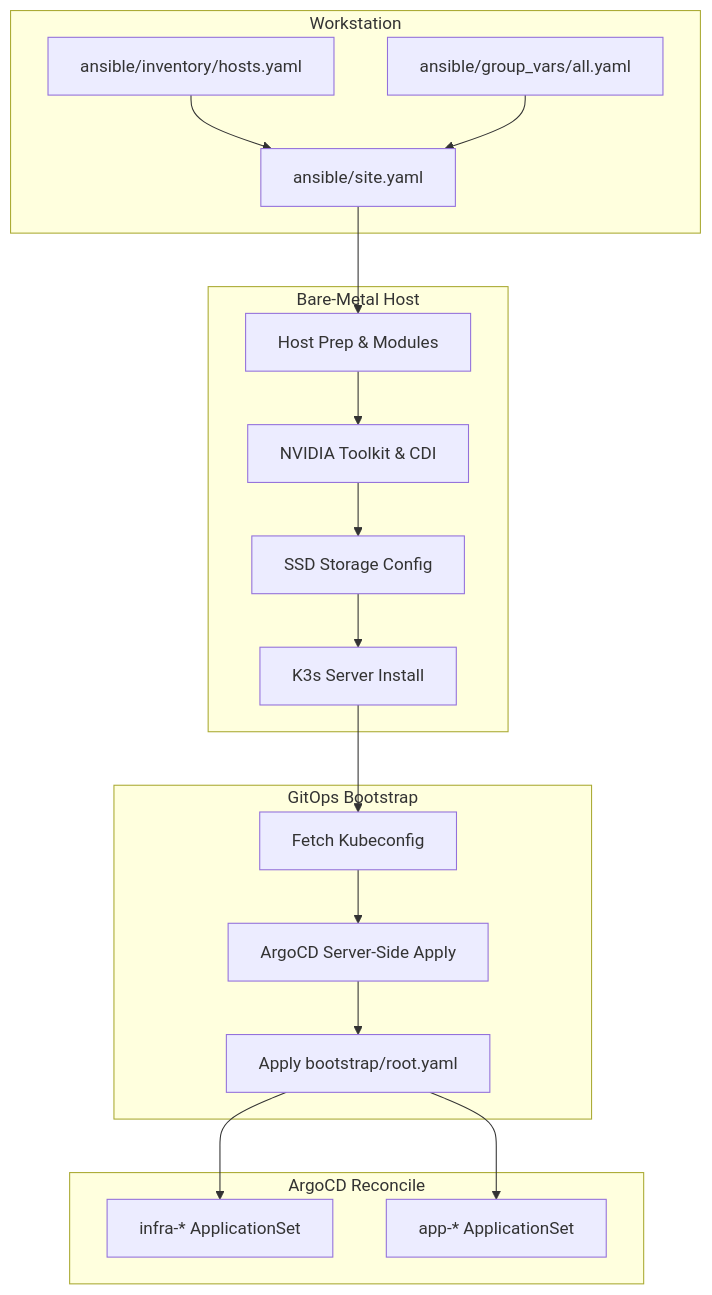
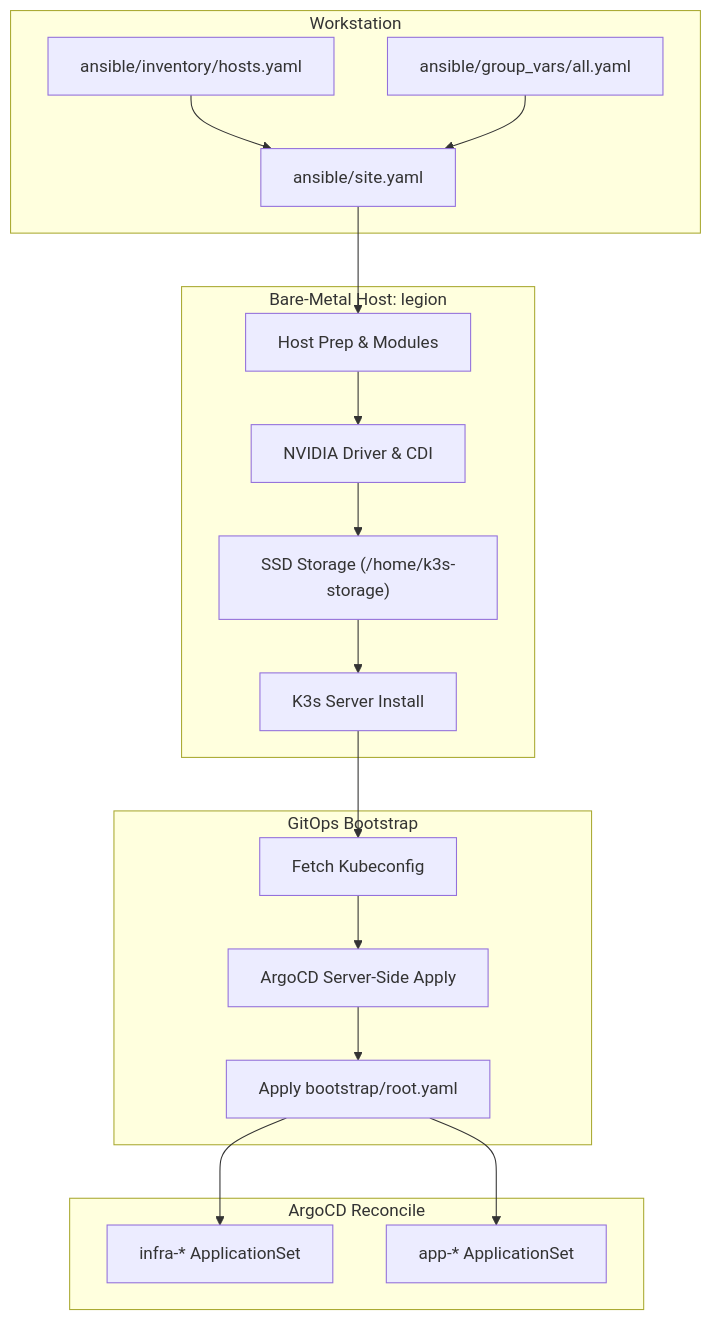
The fourth of 4 diagrams in README.md (nsudhanva/homelab), drawn with Mermaid before and after one commit. The commit also changed other lines of this file and 40 other files, not shown here.

Commit message:
refactor: complete K3s bare-metal GitOps migration and docs alignment

````diff
--- a/README.md
+++ b/README.md
@@ -153,38 +172,38 @@
 ```mermaid
 flowchart TB
   subgraph Workstation["Workstation"]
     Inventory["ansible/inventory/hosts.yaml"]
     Vars["ansible/group_vars/all.yaml"]
     Playbook["ansible/site.yaml"]
   end
 
-  subgraph Target["Bare-Metal Host"]
+  subgraph Target["Bare-Metal Host: legion"]
     Prep["Host Prep & Modules"]
-    NvidiaSetup["NVIDIA Toolkit & CDI"]
+    NvidiaSetup["NVIDIA Driver & CDI"]
+    SSD["SSD Storage (/home/k3s-storage)"]
     K3sInstall["K3s Server Install"]
-    SSD["SSD Storage Config"]
   end
 
   subgraph Bootstrap["GitOps Bootstrap"]
     Kubeconfig["Fetch Kubeconfig"]
     ArgoApply["ArgoCD Server-Side Apply"]
     RootApp["Apply bootstrap/root.yaml"]
   end
 
   subgraph Sync["ArgoCD Reconcile"]
     Infra["infra-* ApplicationSet"]
     Apps["app-* ApplicationSet"]
   end
 
   Inventory --> Playbook
   Vars --> Playbook
   Playbook --> Prep
   Prep --> NvidiaSetup
   NvidiaSetup --> SSD
   SSD --> K3sInstall
   K3sInstall --> Kubeconfig
   Kubeconfig --> ArgoApply
   ArgoApply --> RootApp
   RootApp --> Infra
   RootApp --> Apps
 ```
````
